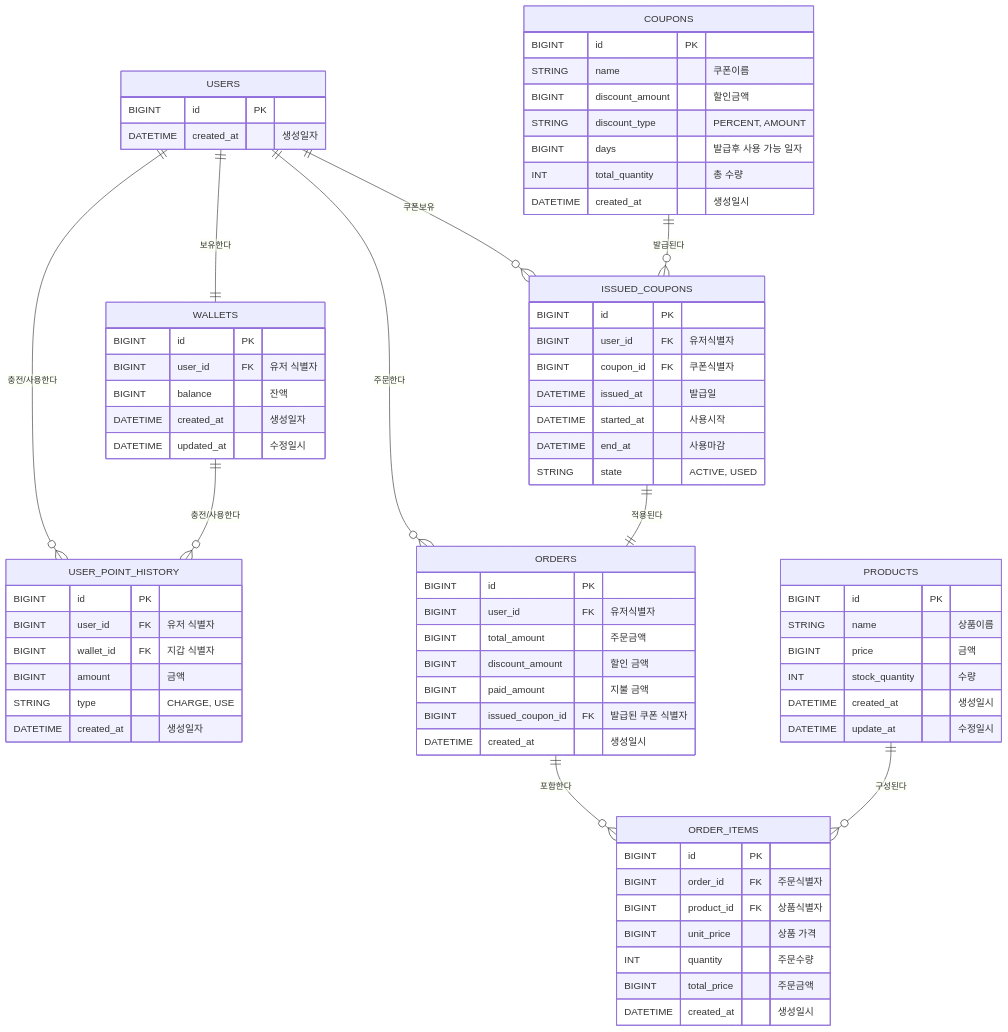
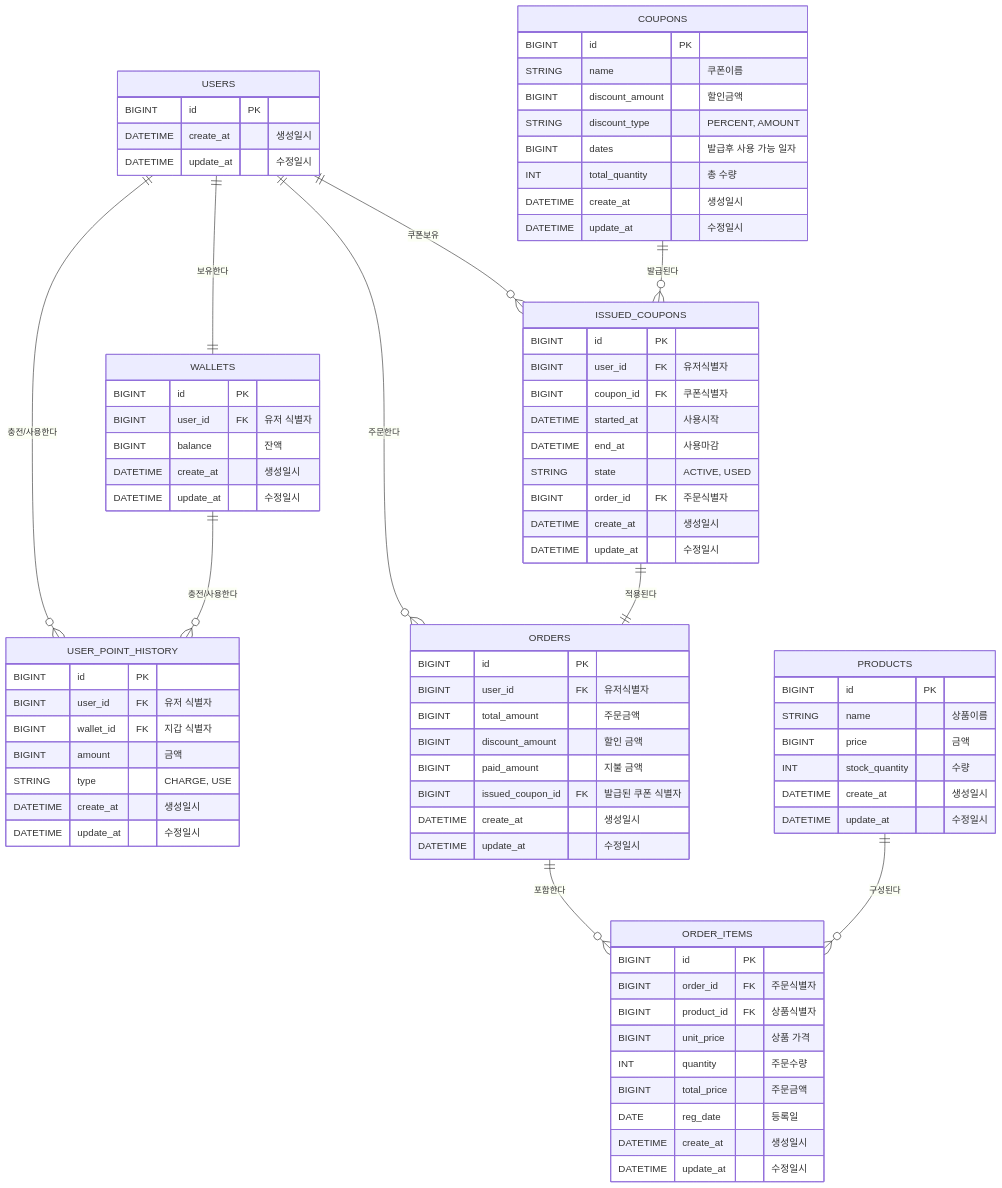
The diagram in docs/erd-diagram.md (HyunJng/e-commerce), drawn with Mermaid before and after one commit.

Commit message:
docs: erd-diagram.md 변경사항 반영
- 컬럼명 변경
- 삭제/생성 컬럼 반영

````diff
--- a/docs/erd-diagram.md
+++ b/docs/erd-diagram.md
@@ -5,15 +5,16 @@
 erDiagram
     USERS {
         BIGINT id PK
-        DATETIME created_at "생성일자"
+        DATETIME create_at "생성일시"
+        DATETIME update_at "수정일시"
     }
 
     WALLETS {
         BIGINT id PK
         BIGINT user_id FK "유저 식별자"
         BIGINT balance "잔액"
-        DATETIME created_at "생성일자"
-        DATETIME updated_at "수정일시"
+        DATETIME create_at "생성일시"
+        DATETIME update_at "수정일시"
     }
 
     USER_POINT_HISTORY {
@@ -22,15 +23,15 @@
         BIGINT wallet_id FK "지갑 식별자"
         BIGINT amount "금액"
         STRING type "CHARGE, USE"
-        DATETIME created_at "생성일자"
-    }
+        DATETIME create_at "생성일시"
+        DATETIME update_at "수정일시"    }
 
     PRODUCTS {
         BIGINT id PK
         STRING name "상품이름"
         BIGINT price "금액"
         INT stock_quantity "수량"
-        DATETIME created_at "생성일시"
+        DATETIME create_at "생성일시"
         DATETIME update_at "수정일시"
     }
 
@@ -41,49 +42,50 @@
         BIGINT discount_amount "할인 금액"
         BIGINT paid_amount "지불 금액"
         BIGINT issued_coupon_id FK "발급된 쿠폰 식별자"
-        DATETIME created_at "생성일시"
-    }
+        DATETIME create_at "생성일시"
+        DATETIME update_at "수정일시"    }
 
     ORDER_ITEMS {
         BIGINT id PK
         BIGINT order_id FK "주문식별자"
         BIGINT product_id FK "상품식별자"
-        BIGINT unit_price  "상품 가격"
+        BIGINT unit_price "상품 가격"
         INT quantity "주문수량"
         BIGINT total_price "주문금액"
-        DATETIME created_at "생성일시"
-    }
+        DATE reg_date "등록일"
+        DATETIME create_at "생성일시"
+        DATETIME update_at "수정일시"    }
 
     COUPONS {
         BIGINT id PK
         STRING name "쿠폰이름"
         BIGINT discount_amount "할인금액"
         STRING discount_type "PERCENT, AMOUNT"
-        BIGINT days "발급후 사용 가능 일자"
+        BIGINT dates "발급후 사용 가능 일자"
         INT total_quantity "총 수량"
-        DATETIME created_at "생성일시"
-    }
+        DATETIME create_at "생성일시"
+        DATETIME update_at "수정일시"    }
 
     ISSUED_COUPONS {
         BIGINT id PK
         BIGINT user_id FK "유저식별자"
         BIGINT coupon_id FK "쿠폰식별자"
-        DATETIME issued_at "발급일"
         DATETIME started_at "사용시작"
         DATETIME end_at "사용마감"
         STRING state "ACTIVE, USED"
+        BIGINT order_id FK "주문식별자"
+        DATETIME create_at "생성일시"
+        DATETIME update_at "수정일시"
     }
 
 %% 관계 정의
-    USERS ||--|| WALLETS : "보유한다"
-    USERS ||--o{ ORDERS : "주문한다"
-    USERS ||--o{ USER_POINT_HISTORY : "충전/사용한다"
-    WALLETS ||--o{ USER_POINT_HISTORY : "충전/사용한다"
-    USERS ||--o{ ISSUED_COUPONS : "쿠폰보유"
-
-    ORDERS ||--o{ ORDER_ITEMS : "포함한다"
-    PRODUCTS ||--o{ ORDER_ITEMS : "구성된다"
-
-    COUPONS ||--o{ ISSUED_COUPONS : "발급된다"
-    ISSUED_COUPONS ||--|| ORDERS : "적용된다"
+    USERS ||--|| WALLETS: "보유한다"
+    USERS ||--o{ ORDERS: "주문한다"
+    USERS ||--o{ USER_POINT_HISTORY: "충전/사용한다"
+    WALLETS ||--o{ USER_POINT_HISTORY: "충전/사용한다"
+    USERS ||--o{ ISSUED_COUPONS: "쿠폰보유"
+    ORDERS ||--o{ ORDER_ITEMS: "포함한다"
+    PRODUCTS ||--o{ ORDER_ITEMS: "구성된다"
+    COUPONS ||--o{ ISSUED_COUPONS: "발급된다"
+    ISSUED_COUPONS ||--|| ORDERS: "적용된다"
 ```
````
